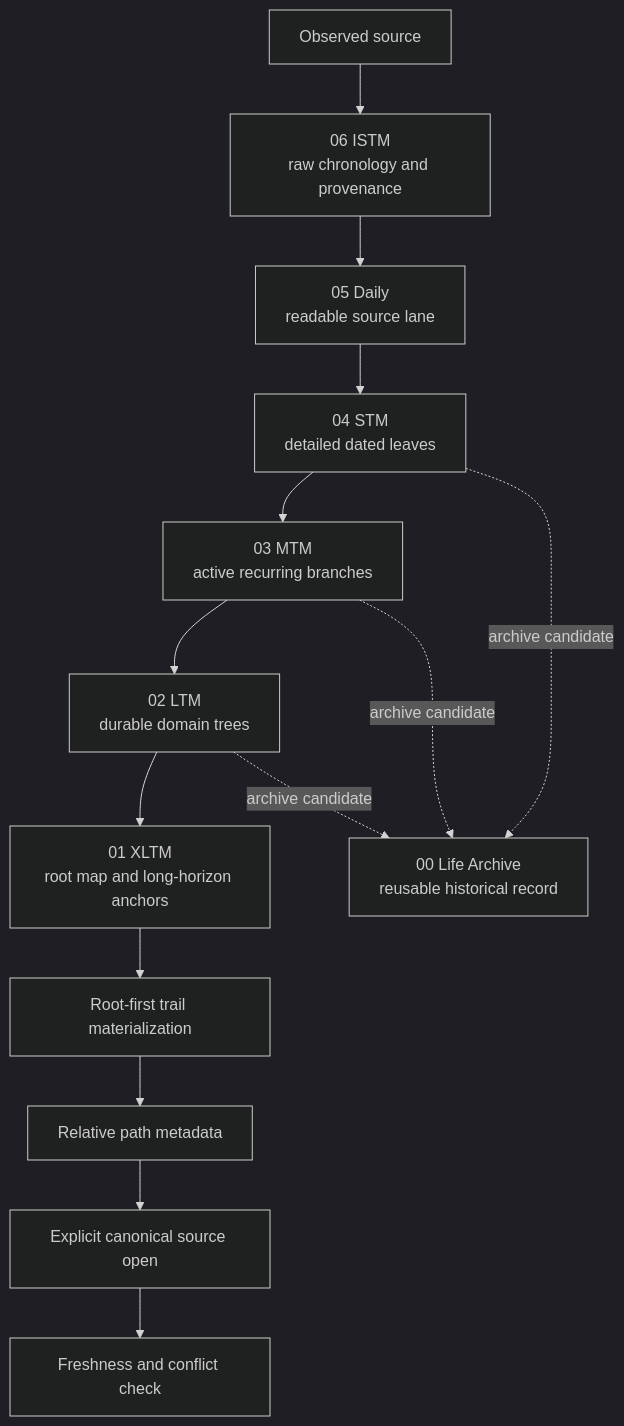
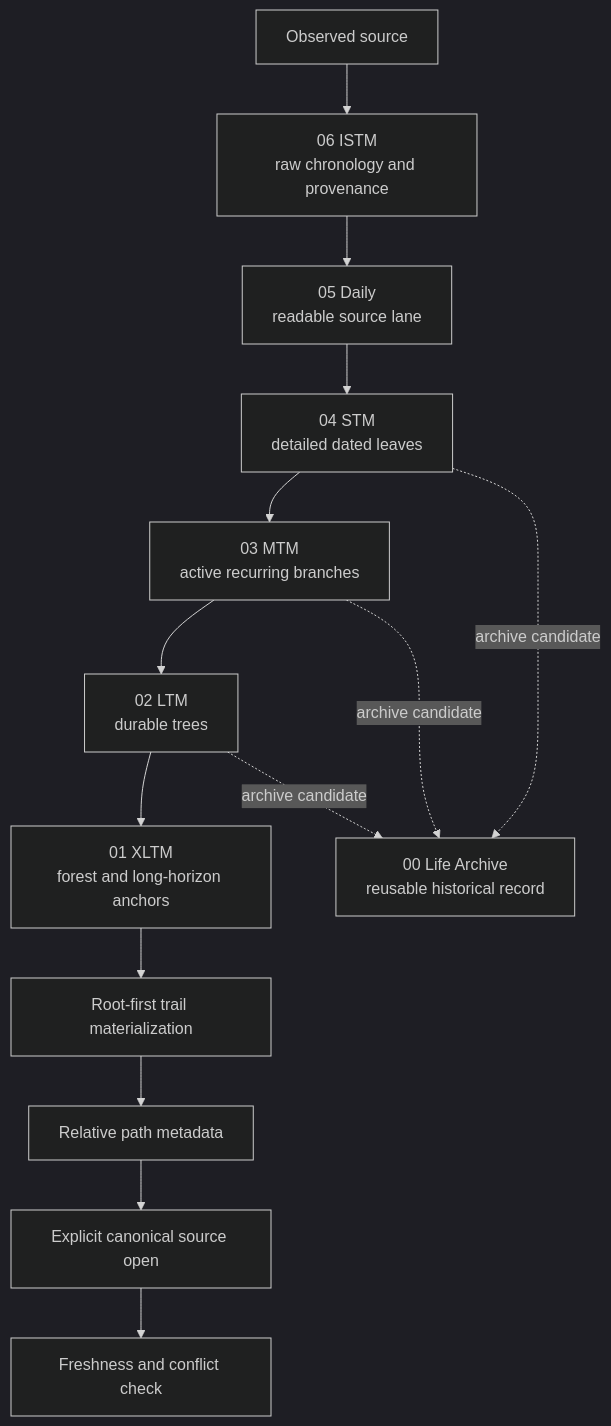
Before and after one commit to hyungchulc/memory-forest: the diagram in README.md, drawn with Mermaid (dark theme). The commit also changed other lines of this file and 17 other files, not shown here.

````diff
--- a/README.md
+++ b/README.md
@@ -36,17 +36,17 @@
 ```mermaid
 flowchart TB
     source["Observed source"] --> istm["06 ISTM<br/>raw chronology and provenance"]
     istm --> daily["05 Daily<br/>readable source lane"]
     daily --> stm["04 STM<br/>detailed dated leaves"]
     stm --> mtm["03 MTM<br/>active recurring branches"]
-    mtm --> ltm["02 LTM<br/>durable domain trees"]
-    ltm --> xltm["01 XLTM<br/>root map and long-horizon anchors"]
+    mtm --> ltm["02 LTM<br/>durable trees"]
+    ltm --> xltm["01 XLTM<br/>forest and long-horizon anchors"]
     stm -. archive candidate .-> archive["00 Life Archive<br/>reusable historical record"]
     mtm -. archive candidate .-> archive
     ltm -. archive candidate .-> archive
 
     xltm --> route["Root-first trail materialization"]
     route --> metadata["Relative path metadata"]
     metadata --> open["Explicit canonical source open"]
     open --> verify["Freshness and conflict check"]
 ```
````
